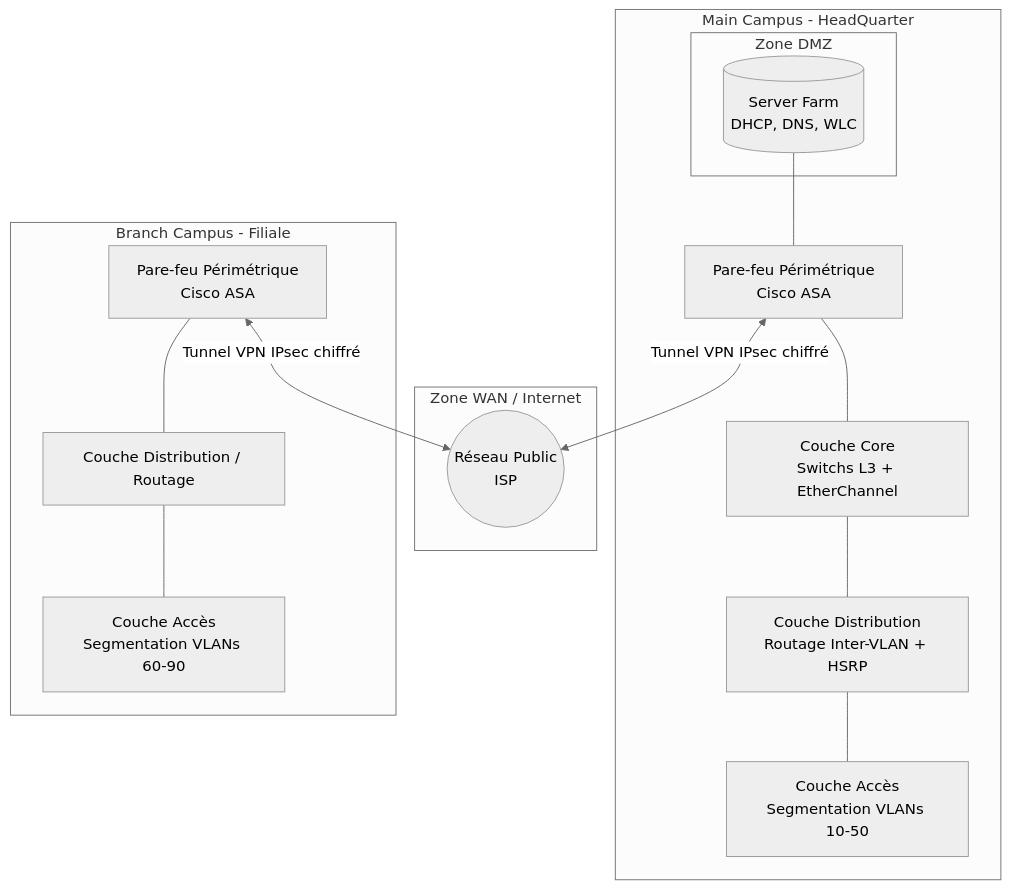
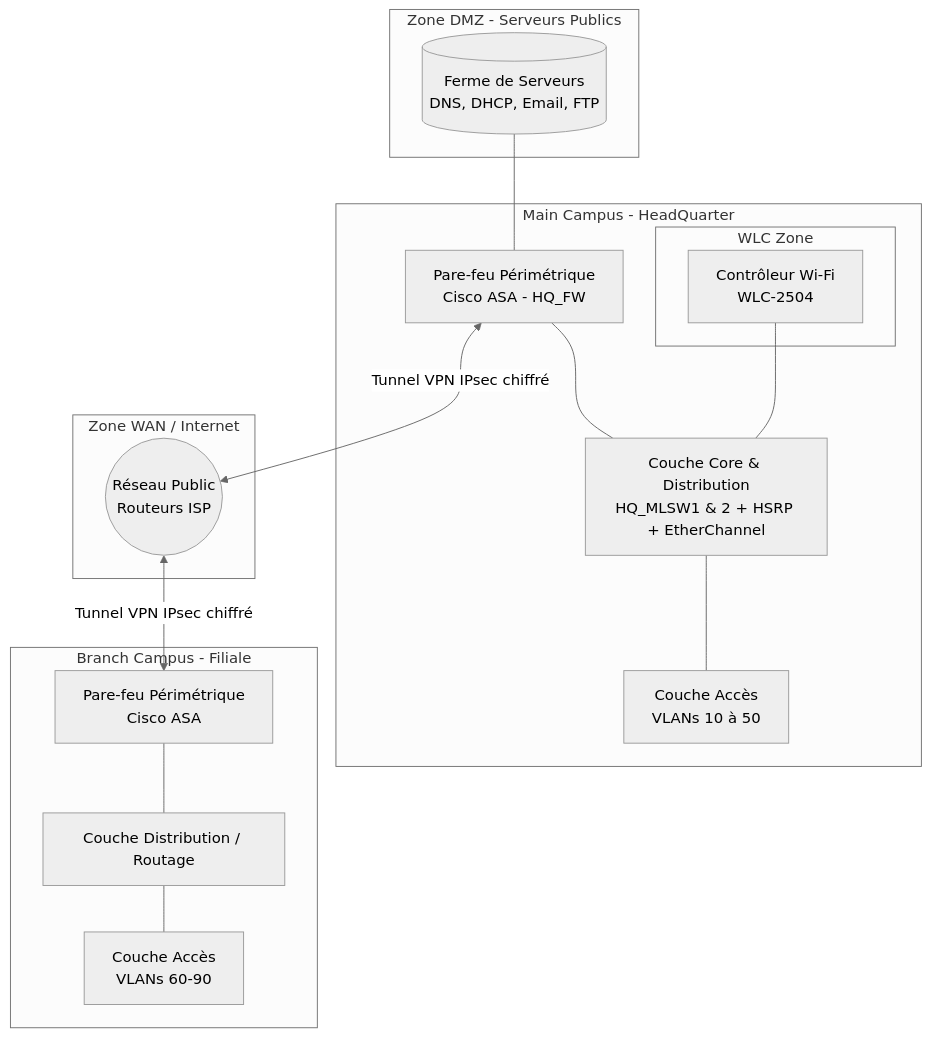
Before and after one commit to JulianKuypers/portfolio: the diagram in Architecture Réseau Campus Sécurisée (Cisco).md, drawn with Mermaid (neutral theme). The commit also changed other lines of this file, not shown here.

Commit message:
Revise network architecture for campus security project
Updated network architecture diagram and descriptions for clarity.

````diff
--- a/Architecture Réseau Campus Sécurisée (Cisco).md
+++ b/Architecture Réseau Campus Sécurisée (Cisco).md
@@ -5,38 +5,43 @@
 ```mermaid
 graph TD
-    subgraph WAN [Zone WAN / Internet]
-        ISP((Réseau Public<br/>ISP))
+    %% 1. La DMZ placée tout à gauche
+    subgraph DMZ [Zone DMZ - Serveurs Publics]
+        Servers[(Ferme de Serveurs<br/>DNS, DHCP, Email, FTP)]
     end
 
+    %% 2. Le Campus Principal au centre
     subgraph HQ [Main Campus - HeadQuarter]
+        ASA_HQ[Pare-feu Périmétrique<br/>Cisco ASA - HQ_FW]
         
-        subgraph DMZ [Zone DMZ]
-            Servers[(Server Farm<br/>DHCP, DNS, WLC)]
+        subgraph WLC_Zone [WLC Zone]
+            WLC[Contrôleur Wi-Fi<br/>WLC-2504]
         end
         
-        ASA_HQ[Pare-feu Périmétrique<br/>Cisco ASA]
+        Core[Couche Core & Distribution<br/>HQ_MLSW1 & 2 + HSRP + EtherChannel]
+        Acc[Couche Accès<br/>VLANs 10 à 50]
         
-        Core[Couche Core<br/>Switchs L3 + EtherChannel]
-        Dist[Couche Distribution<br/>Routage Inter-VLAN + HSRP]
-        Acc[Couche Accès<br/>Segmentation VLANs 10-50]
-        
-        %% La DMZ est connectée au Pare-feu, pas au Core
-        Servers --- ASA_HQ
         ASA_HQ --- Core
-        Core --- Dist
-        Dist --- Acc
+        WLC --- Core
+        Core --- Acc
     end
 
+    %% 3. Le WAN à droite du HQ
+    subgraph WAN [Zone WAN / Internet]
+        ISP((Réseau Public<br/>Routeurs ISP))
+    end
+
+    %% 4. La Filiale tout à droite
     subgraph Branch [Branch Campus - Filiale]
         ASA_BR[Pare-feu Périmétrique<br/>Cisco ASA]
         Dist_BR[Couche Distribution / Routage]
-        Acc_BR[Couche Accès<br/>Segmentation VLANs 60-90]
+        Acc_BR[Couche Accès<br/>VLANs 60-90]
 
         ASA_BR --- Dist_BR
         Dist_BR --- Acc_BR
     end
 
-    %% Tunnels et Connexions
+    %% Les liaisons qui forcent l'affichage de gauche à droite
+    Servers --- ASA_HQ
     ASA_HQ <-->|Tunnel VPN IPsec chiffré| ISP
-    ASA_BR <-->|Tunnel VPN IPsec chiffré| ISP
+    ISP <-->|Tunnel VPN IPsec chiffré| ASA_BR
 ```
````
